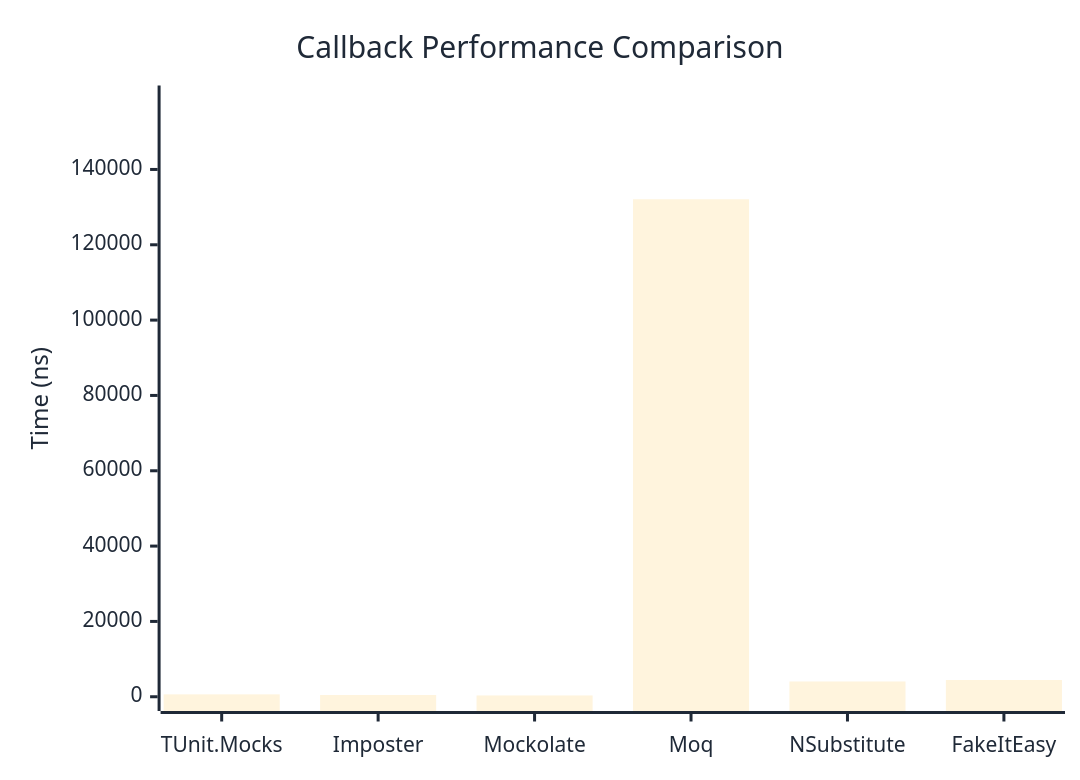
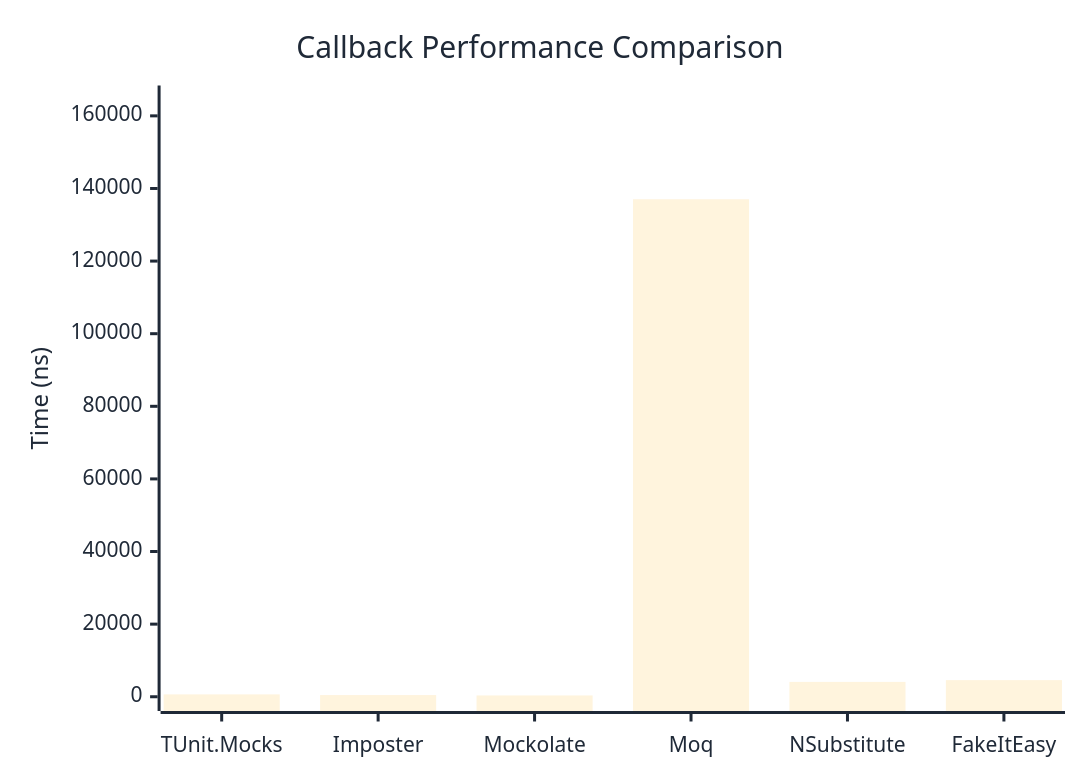
One commit to thomhurst/TUnit changed the first of 2 diagrams in docs/docs/benchmarks/mocks/Callback.md. Above: the diagram before and after it, drawn with Mermaid. The commit also changed other lines of this file and 14 other files, not shown here.

````diff
--- a/docs/docs/benchmarks/mocks/Callback.md
+++ b/docs/docs/benchmarks/mocks/Callback.md
@@ -30,27 +30,27 @@
 ```mermaid
 %%{init: {
   'theme':'base',
   'themeVariables': {
     'primaryColor': '#2563eb',
     'primaryTextColor': '#1f2937',
     'primaryBorderColor': '#1e40af',
     'lineColor': '#6b7280',
     'secondaryColor': '#7c3aed',
     'tertiaryColor': '#dc2626',
     'background': '#ffffff',
     'pie1': '#2563eb',
     'pie2': '#7c3aed',
     'pie3': '#dc2626',
     'pie4': '#f59e0b',
     'pie5': '#10b981',
     'pie6': '#06b6d4',
     'pie7': '#ec4899',
     'pie8': '#6366f1'
   }
 }}%%
 xychart-beta
   title "Callback Performance Comparison"
   x-axis ["TUnit.Mocks", "Imposter", "Mockolate", "Moq", "NSubstitute", "FakeItEasy"]
-  y-axis "Time (ns)" 0 --> 158506
-  bar [637.4, 464.2, 344.6, 132087.7, 4056.6, 4442.5]
+  y-axis "Time (ns)" 0 --> 164437
+  bar [652.9, 464.2, 360.8, 137030.6, 4092.6, 4580.3]
 ```
````
